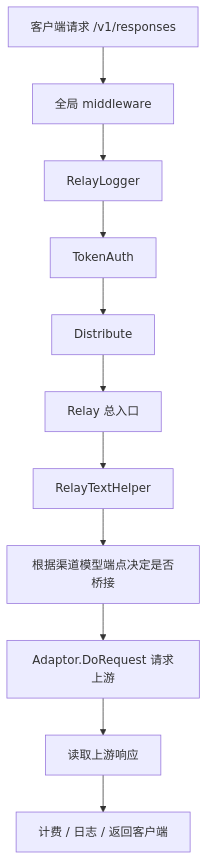
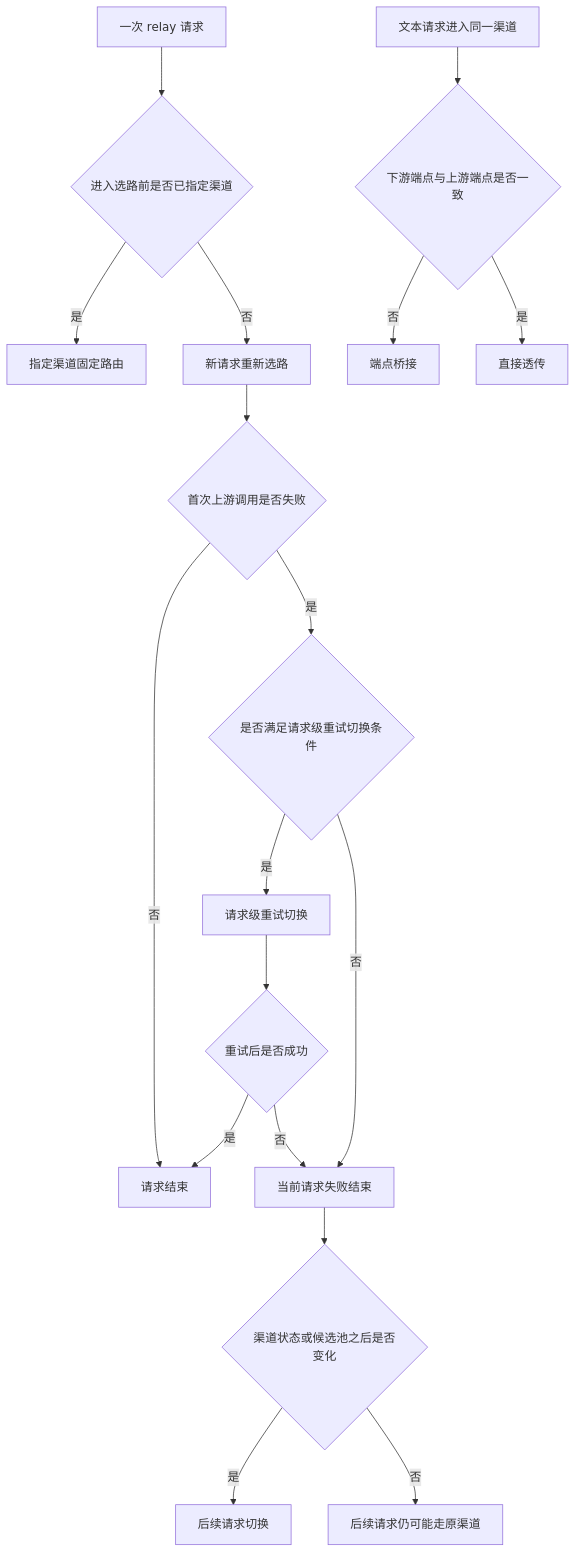
Before and after one commit to kobofare/router: the first of 6 diagrams in docs/路由逻辑.md, drawn with Mermaid. The commit also changed other lines of this file and 17 other files, not shown here.

````diff
--- a/docs/路由逻辑.md
+++ b/docs/路由逻辑.md
@@ -522,13 +66,24 @@
 ```mermaid
 flowchart TD
-A[客户端请求 /v1/responses] --> B[全局 middleware]
-B --> C[RelayLogger]
-C --> D[TokenAuth]
-D --> E[Distribute]
-E --> F[Relay 总入口]
-F --> G[RelayTextHelper]
-G --> H[根据渠道模型端点决定是否桥接]
-H --> I[Adaptor.DoRequest 请求上游]
-I --> J[读取上游响应]
-J --> K[计费 / 日志 / 返回客户端]
+    A[一次 relay 请求] --> B{进入选路前是否已指定渠道}
+    B -- 是 --> C[指定渠道固定路由]
+    B -- 否 --> D[新请求重新选路]
+
+    D --> E{首次上游调用是否失败}
+    E -- 否 --> F[请求结束]
+    E -- 是 --> G{是否满足请求级重试切换条件}
+    G -- 是 --> H[请求级重试切换]
+    G -- 否 --> I[当前请求失败结束]
+
+    H --> J{重试后是否成功}
+    J -- 是 --> F
+    J -- 否 --> I
+
+    I --> K{渠道状态或候选池之后是否变化}
+    K -- 是 --> L[后续请求切换]
+    K -- 否 --> M[后续请求仍可能走原渠道]
+
+    N[文本请求进入同一渠道] --> O{下游端点与上游端点是否一致}
+    O -- 否 --> P[端点桥接]
+    O -- 是 --> Q[直接透传]
 ```
````
